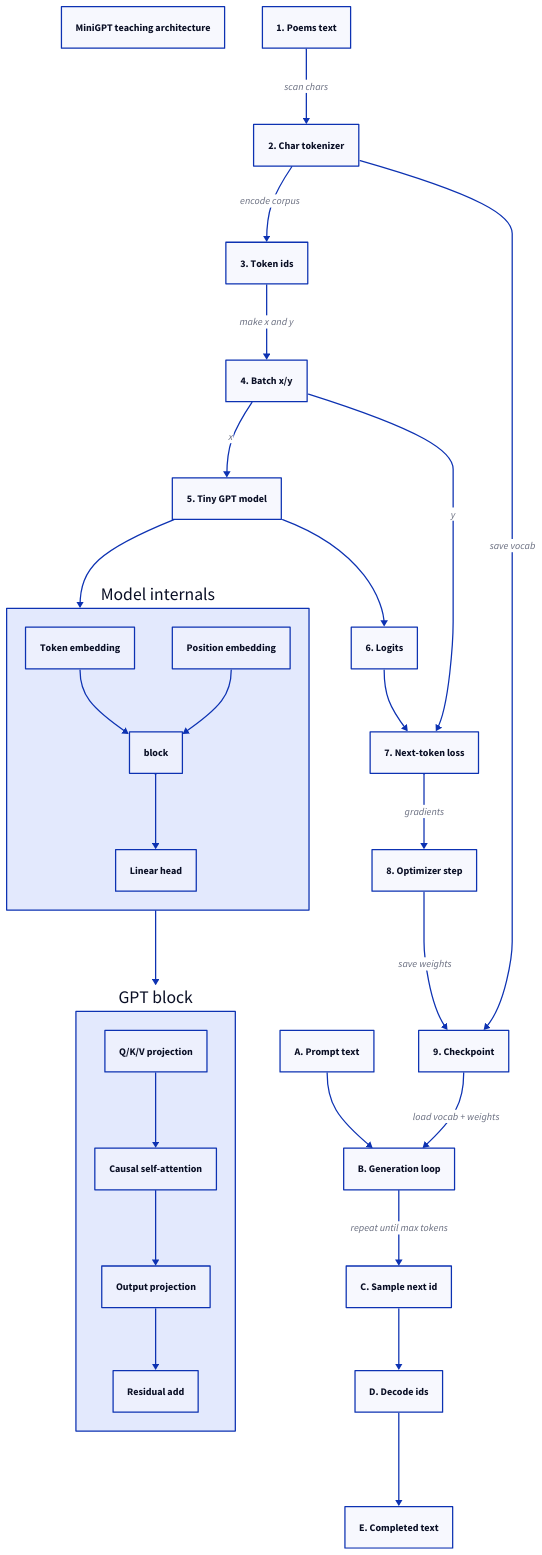
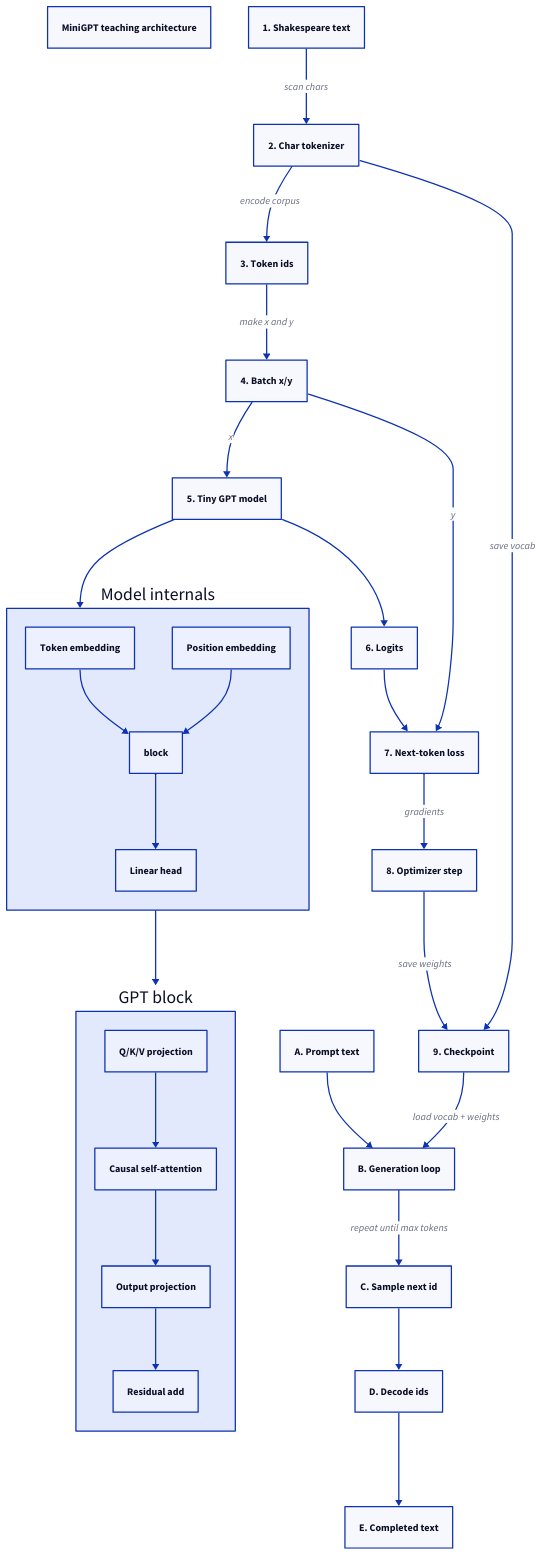
One commit to Milky2018/minigpt changed the diagram in docs/minigpt_implementation_flow.d2. Above: the diagram before and after it, drawn with D2. The commit also changed 13 other files, not shown here.

```diff
--- a/docs/minigpt_implementation_flow.d2
+++ b/docs/minigpt_implementation_flow.d2
@@ -1,68 +1,68 @@
 vars: {
   d2-config: {
     layout-engine: dagre
     theme-id: 0
   }
 }
 
 title: "MiniGPT teaching architecture"
 
-poems: "1. Poems text"
+text: "1. Shakespeare text"
 tokenizer: "2. Char tokenizer"
 ids: "3. Token ids"
 batch: "4. Batch x/y"
 model: "5. Tiny GPT model"
 logits: "6. Logits"
 loss: "7. Next-token loss"
 optim: "8. Optimizer step"
 ckpt: "9. Checkpoint"
 
 prompt: "A. Prompt text"
 gen: "B. Generation loop"
 sample: "C. Sample next id"
 decode: "D. Decode ids"
 complete: "E. Completed text"
 
 internals: "Model internals"
 block: "GPT block"
 
-poems -> tokenizer: "scan chars"
+text -> tokenizer: "scan chars"
 tokenizer -> ids: "encode corpus"
 ids -> batch: "make x and y"
 batch -> model: "x"
 model -> logits
 logits -> loss
 batch -> loss: "y"
 loss -> optim: "gradients"
 optim -> ckpt: "save weights"
 tokenizer -> ckpt: "save vocab"
 
 prompt -> gen
 ckpt -> gen: "load vocab + weights"
 gen -> sample: "repeat until max tokens"
 sample -> decode
 decode -> complete
 
 model -> internals
 internals -> block
 
 internals: {
   embed: "Token embedding"
   pos: "Position embedding"
   head: "Linear head"
 
   embed -> block
   pos -> block
   block -> head
 }
 
 block: {
   qkv: "Q/K/V projection"
   attn: "Causal self-attention"
   proj: "Output projection"
   resid: "Residual add"
 
   qkv -> attn
   attn -> proj
   proj -> resid
 }
```
